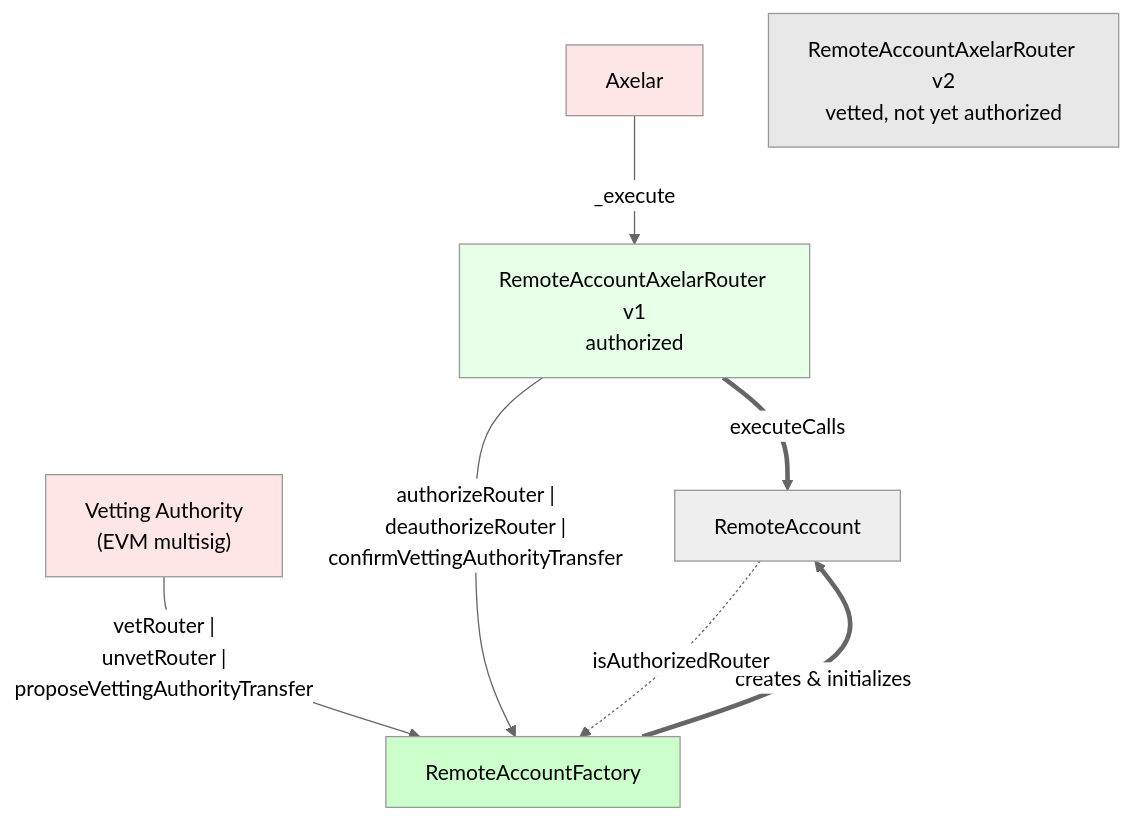
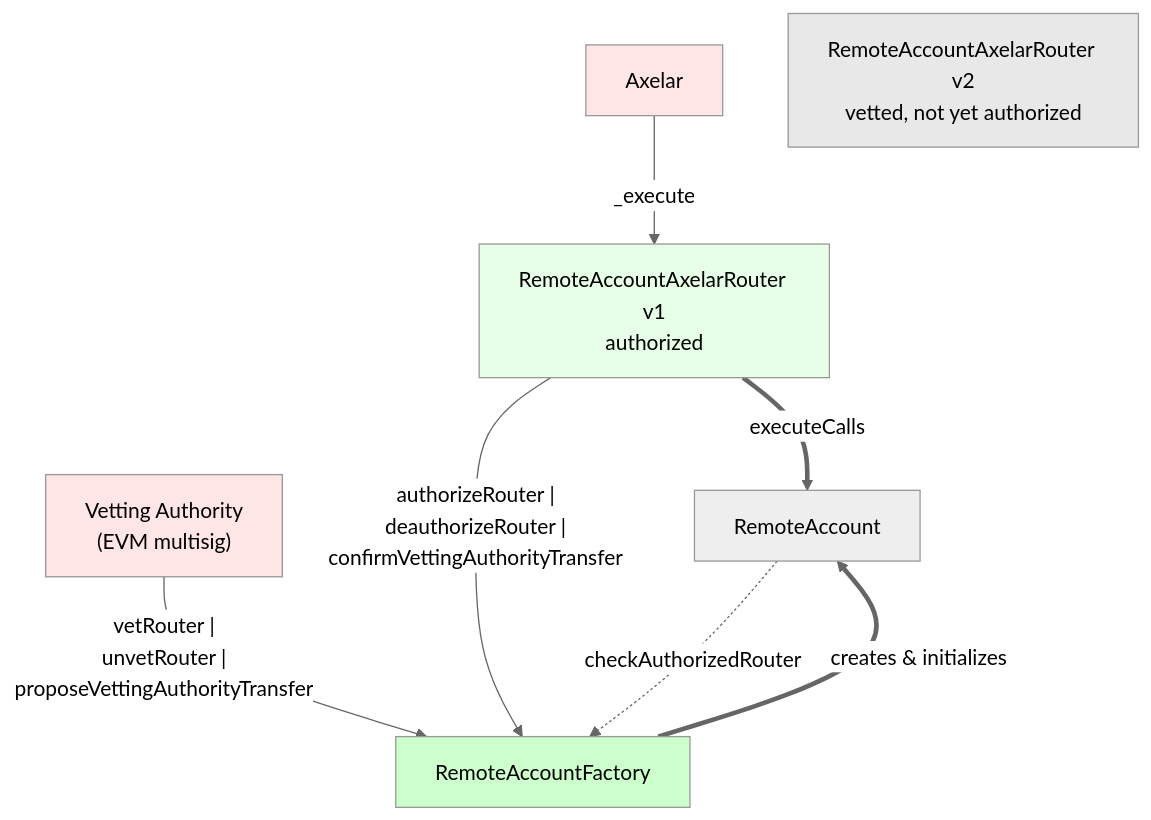
One commit to agoric-labs/agoric-to-axelar-local changed diagram 11 of 12 in packages/axelar-local-dev-cosmos/src/contracts/design.md. Above: the diagram before and after it, drawn with Mermaid (neutral theme). The commit also changed other lines of this file and 4 other files, not shown here.

Commit message:
chore: checkAuthorizedRouter

````diff
--- a/packages/axelar-local-dev-cosmos/src/contracts/design.md
+++ b/packages/axelar-local-dev-cosmos/src/contracts/design.md
@@ -747,27 +751,27 @@
 ```mermaid
 graph TB
     Axelar
     VA["Vetting Authority<br/>(EVM multisig)"]
     ROUTER1[RemoteAccountAxelarRouter v1<br/>authorized]
     ROUTER2[RemoteAccountAxelarRouter v2<br/>vetted, not yet authorized]
     RAF[RemoteAccountFactory]
     RA[RemoteAccount]
 
     Axelar -->|_execute| ROUTER1
 
     VA -->|"vetRouter |<br>unvetRouter |<br>proposeVettingAuthorityTransfer"| RAF
 
     ROUTER1 ==>|executeCalls| RA
 
     ROUTER1 -->|"authorizeRouter |<br>deauthorizeRouter |<br>confirmVettingAuthorityTransfer"| RAF
 
     RAF ==>|creates & initializes| RA
 
-    RA -.->|isAuthorizedRouter| RAF
+    RA -.->|checkAuthorizedRouter| RAF
 
     style Axelar fill:#ffe6e6
     style VA fill:#ffe6e6
     style ROUTER1 fill:#e6ffe6
     style ROUTER2 fill:#e8e8e8
     style RAF fill:#ccffcc
 ```
````
